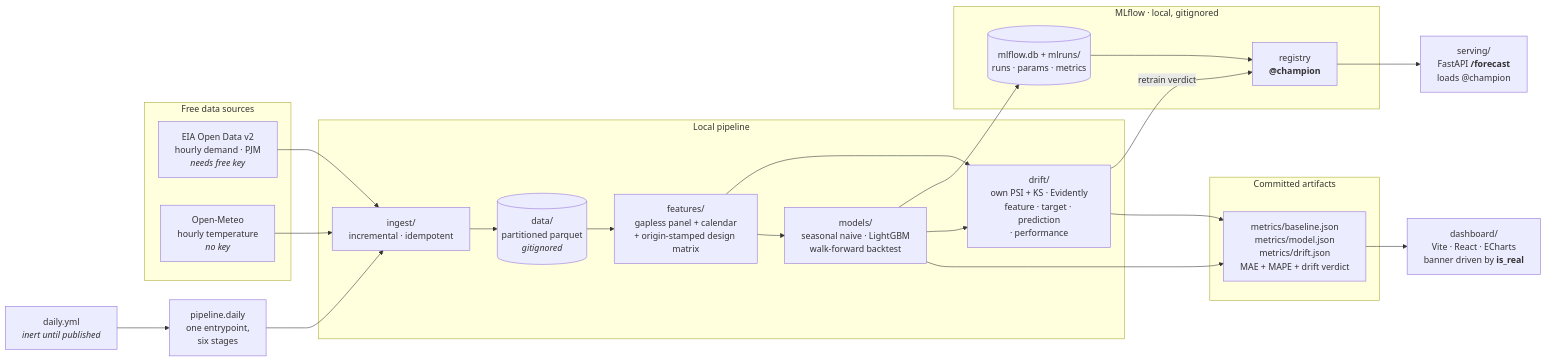
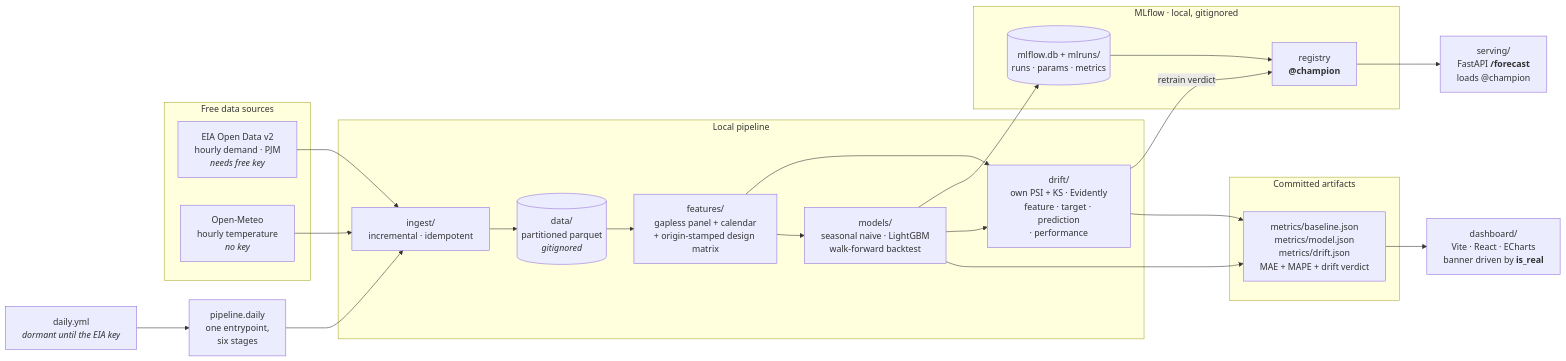
Before and after one commit to rmonteiro-pereira/energy-forecast-drift: the diagram in README.md, drawn with Mermaid. The commit also changed other lines of this file and 7 other files, not shown here.

First line of the commit message:
docs: five published claims the repo's own files contradict, and one file that should not be public

````diff
--- a/README.md
+++ b/README.md
@@ -104,37 +110,37 @@
 ```mermaid
 flowchart LR
     subgraph sources["Free data sources"]
         EIA["EIA Open Data v2<br/>hourly demand · PJM<br/><i>needs free key</i>"]
         OM["Open-Meteo<br/>hourly temperature<br/><i>no key</i>"]
     end
 
     subgraph pipeline["Local pipeline"]
         ING["ingest/<br/>incremental · idempotent"]
         LAKE[("data/<br/>partitioned parquet<br/><i>gitignored</i>")]
         FEAT["features/<br/>gapless panel + calendar<br/>+ origin-stamped design matrix"]
         MODEL["models/<br/>seasonal naive · LightGBM<br/>walk-forward backtest"]
         DRIFT["drift/<br/>own PSI + KS · Evidently<br/>feature · target · prediction<br/>· performance"]
     end
 
     subgraph mlops["MLflow · local, gitignored"]
         TRACK[("mlflow.db + mlruns/<br/>runs · params · metrics")]
         REG["registry<br/><b>@champion</b>"]
     end
 
     subgraph published["Committed artifacts"]
         METRICS["metrics/baseline.json<br/>metrics/model.json<br/>metrics/drift.json<br/>MAE + MAPE + drift verdict"]
     end
 
     EIA --> ING
     OM --> ING
     ING --> LAKE --> FEAT --> MODEL --> METRICS
     FEAT --> DRIFT --> METRICS
     MODEL --> DRIFT
     MODEL --> TRACK --> REG
     DRIFT -->|"retrain verdict"| REG
     REG --> SERVE["serving/<br/>FastAPI <b>/forecast</b><br/>loads @champion"]
 
-    CRON["daily.yml<br/><i>inert until published</i>"] --> PIPE["pipeline.daily<br/>one entrypoint,<br/>six stages"]
+    CRON["daily.yml<br/><i>dormant until the EIA key</i>"] --> PIPE["pipeline.daily<br/>one entrypoint,<br/>six stages"]
     PIPE --> ING
     METRICS --> DASH["dashboard/<br/>Vite · React · ECharts<br/>banner driven by <b>is_real</b>"]
 ```
````
